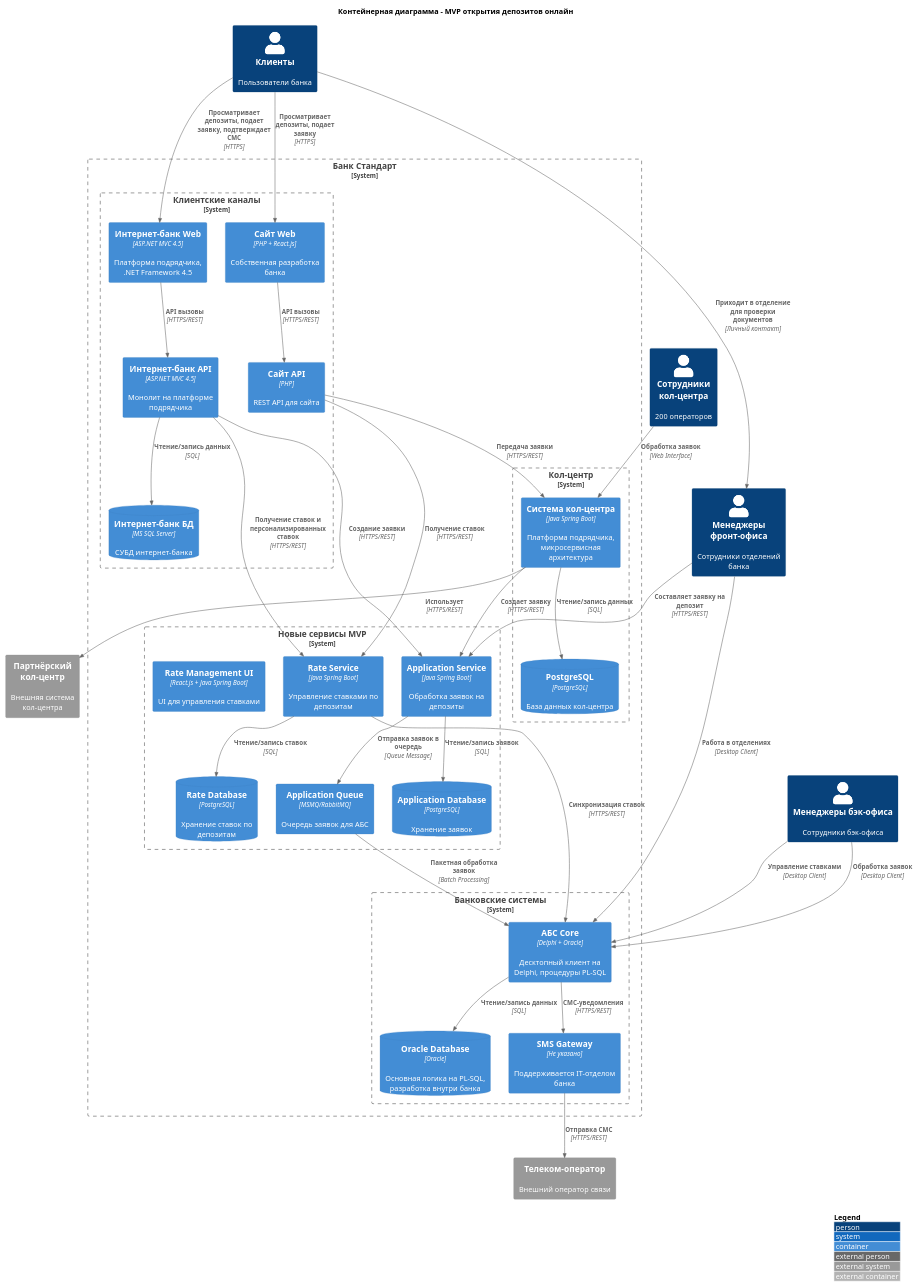
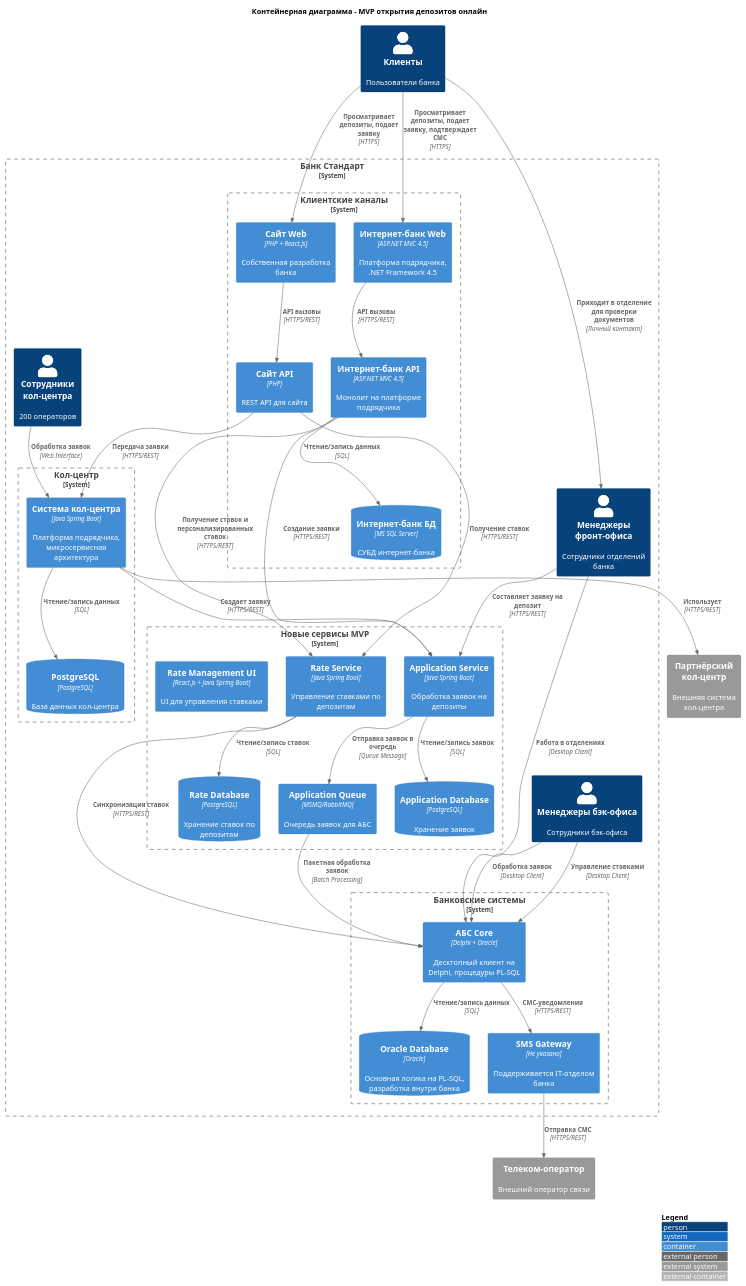
The diagram in Task3/C4_Container_Diagram.puml (ai-rogachev/architecture-standart), drawn with PlantUML before and after one commit.

Commit message:
Task 3: fix diagrams

```diff
--- a/Task3/C4_Container_Diagram.puml
+++ b/Task3/C4_Container_Diagram.puml
@@ -1,94 +1,95 @@
 @startuml C4_Container
 !include https://raw.githubusercontent.com/plantuml-stdlib/C4-PlantUML/master/C4_Container.puml
 
 LAYOUT_WITH_LEGEND()
 
 title Контейнерная диаграмма - MVP открытия депозитов онлайн
 
 Person(clients, "Клиенты", "Пользователи банка")
-Person(back_office_managers, "Менеджеры бэк-офиса", "Сотрудники бэк-офиса")
-Person(front_office_managers, "Менеджеры фронт-офиса", "Сотрудники отделений банка")
-Person(cc_operators, "Сотрудники кол-центра", "200 операторов")
 
 System_Boundary(bank, "Банк Стандарт") {
+    Person(back_office_managers, "Менеджеры бэк-офиса", "Сотрудники бэк-офиса")
+    Person(front_office_managers, "Менеджеры фронт-офиса", "Сотрудники отделений банка")
+    Person(cc_operators, "Сотрудники кол-центра", "200 операторов")
+
     System_Boundary(client_channels, "Клиентские каналы") {
         Container(site_web, "Сайт Web", "PHP + React.js", "Собственная разработка банка")
         Container(site_api, "Сайт API", "PHP", "REST API для сайта")
         
         Container(ib_web, "Интернет-банк Web", "ASP.NET MVC 4.5", "Платформа подрядчика, .NET Framework 4.5")
         Container(ib_api, "Интернет-банк API", "ASP.NET MVC 4.5", "Монолит на платформе подрядчика")
         ContainerDb(ib_db, "Интернет-банк БД", "MS SQL Server", "СУБД интернет-банка")
     }
     
     System_Boundary(new_services, "Новые сервисы MVP") {
         Container(rate_service, "Rate Service", "Java Spring Boot", "Управление ставками по депозитам")
         ContainerDb(rate_db, "Rate Database", "PostgreSQL", "Хранение ставок по депозитам")
         
         Container(application_service, "Application Service", "Java Spring Boot", "Обработка заявок на депозиты")
         ContainerDb(application_db, "Application Database", "PostgreSQL", "Хранение заявок")
         Container(application_queue, "Application Queue", "MSMQ/RabbitMQ", "Очередь заявок для АБС")
         
         Container(rate_ui, "Rate Management UI", "React.js + Java Spring Boot", "UI для управления ставками")
     }
     
     System_Boundary(banking_systems, "Банковские системы") {
         Container(abs_core, "АБС Core", "Delphi + Oracle", "Десктопный клиент на Delphi, процедуры PL-SQL")
         ContainerDb(abs_db, "Oracle Database", "Oracle", "Основная логика на PL-SQL, разработка внутри банка")
         
         Container(sms_gateway, "SMS Gateway", "Не указано", "Поддерживается IT-отделом банка")
     }
     
     System_Boundary(call_center, "Кол-центр") {
         Container(cc_system, "Система кол-центра", "Java Spring Boot", "Платформа подрядчика, микросервисная архитектура")
         ContainerDb(cc_db, "PostgreSQL", "PostgreSQL", "База данных кол-центра")
     }
 }
 
 System_Ext(telecom_operator, "Телеком-оператор", "Внешний оператор связи")
 System_Ext(partner_cc, "Партнёрский кол-центр", "Внешняя система кол-центра")
 
 ' Клиентские взаимодействия
 Rel(clients, site_web, "Просматривает депозиты, подает заявку", "HTTPS")
 Rel(clients, ib_web, "Просматривает депозиты, подает заявку, подтверждает СМС", "HTTPS")
 Rel(clients, front_office_managers, "Приходит в отделение для проверки документов", "Личный контакт")
 
 ' Внутренние взаимодействия клиентских каналов
 Rel(site_web, site_api, "API вызовы", "HTTPS/REST")
 Rel(ib_web, ib_api, "API вызовы", "HTTPS/REST")
 Rel(ib_api, ib_db, "Чтение/запись данных", "SQL")
 
 ' Интеграции сервиса ставок
 Rel(site_api, rate_service, "Получение ставок", "HTTPS/REST")
 Rel(ib_api, rate_service, "Получение ставок и персонализированных ставок", "HTTPS/REST")
 Rel(rate_service, rate_db, "Чтение/запись ставок", "SQL")
 Rel(rate_service, abs_core, "Синхронизация ставок", "HTTPS/REST")
 
 ' Интеграции сервиса заявок
 Rel(ib_api, application_service, "Создание заявки", "HTTPS/REST")
 Rel(application_service, application_db, "Чтение/запись заявок", "SQL")
 Rel(application_service, application_queue, "Отправка заявок в очередь", "Queue Message")
 
 ' Интеграции с АБС (через буфер)
 Rel(application_queue, abs_core, "Пакетная обработка заявок", "Batch Processing")
 Rel(abs_core, abs_db, "Чтение/запись данных", "SQL")
 
 ' Интеграции кол-центра
 Rel(site_api, cc_system, "Передача заявки", "HTTPS/REST")
 Rel(cc_operators, cc_system, "Обработка заявок", "Web Interface")
 Rel(cc_system, application_service, "Создает заявку", "HTTPS/REST")
 Rel(cc_system, cc_db, "Чтение/запись данных", "SQL")
 Rel(cc_system, partner_cc, "Использует", "HTTPS/REST")
 
 ' Интеграции СМС
 Rel(abs_core, sms_gateway, "СМС-уведомления", "HTTPS/REST")
 Rel(sms_gateway, telecom_operator, "Отправка СМС", "HTTPS/REST")
 
 ' Интеграции бэк-офиса
 Rel(back_office_managers, abs_core, "Управление ставками", "Desktop Client")
 Rel(back_office_managers, abs_core, "Обработка заявок", "Desktop Client")
 
 ' Интеграции фронт-офиса
 Rel(front_office_managers, abs_core, "Работа в отделениях", "Desktop Client")
 Rel(front_office_managers, application_service, "Составляет заявку на депозит", "HTTPS/REST")
 
 @enduml
```
